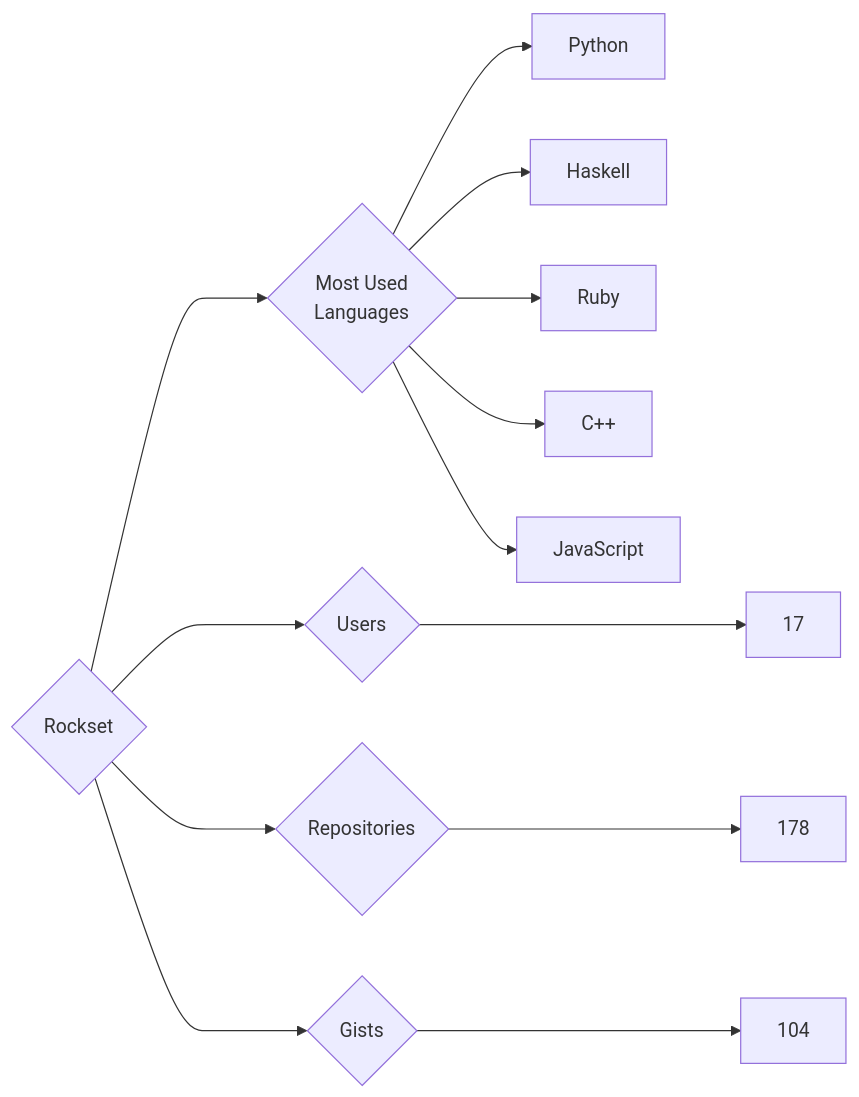
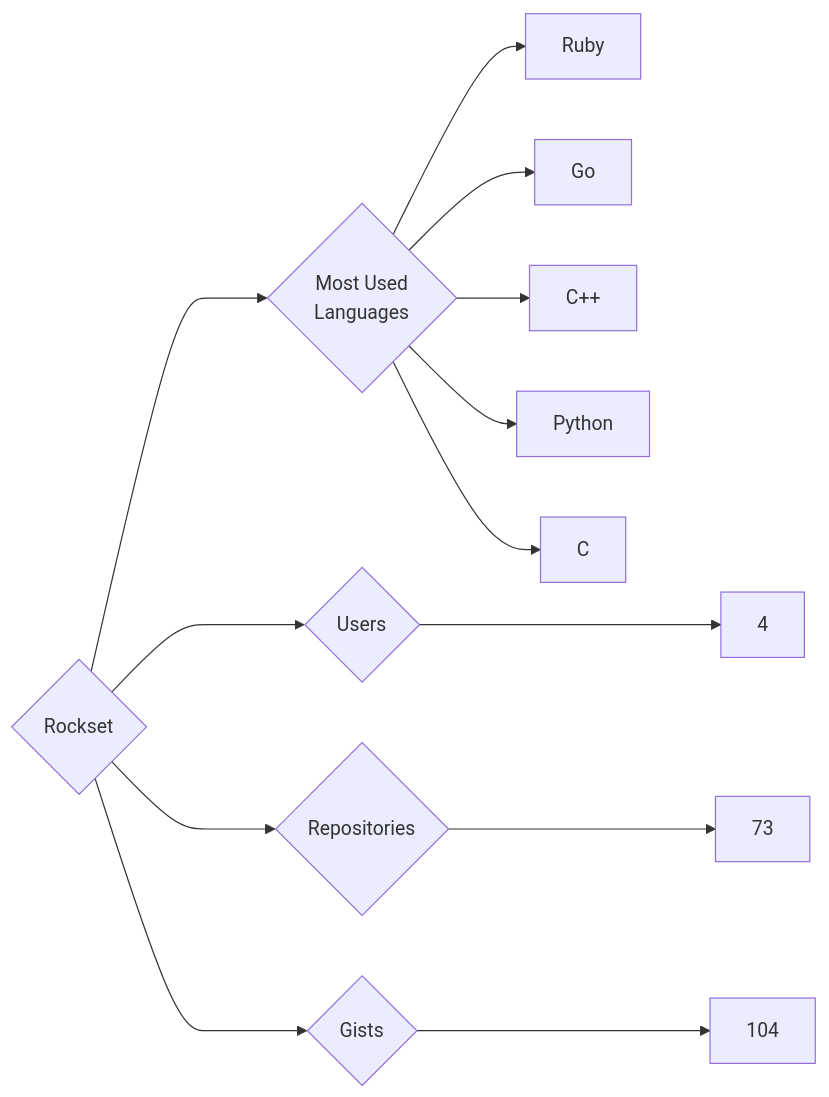
Before and after one commit to trickest/insiders: the diagram in targets/Rockset/README.md, drawn with Mermaid. The commit also changed 1248 other files, not shown here.

````diff
--- a/targets/Rockset/README.md
+++ b/targets/Rockset/README.md
@@ -3,13 +3,13 @@
 ```mermaid
 graph LR
 COMPANY_NAME{Rockset}
-COMPANY_NAME ---> U{Users} ---> UN[17]
-COMPANY_NAME ---> R{Repositories} ---> RN[178]
+COMPANY_NAME ---> U{Users} ---> UN[4]
+COMPANY_NAME ---> R{Repositories} ---> RN[73]
 COMPANY_NAME ---> G{Gists} ---> GN[104]
 COMPANY_NAME ---> ML{Most Used<br>Languages}
+ML --> Ruby[Ruby]
+ML --> Go[Go]
+ML --> C++[C++]
 ML --> Python[Python]
-ML --> Haskell[Haskell]
-ML --> Ruby[Ruby]
-ML --> C++[C++]
-ML --> JavaScript[JavaScript]
+ML --> C[C]
 ```
````
